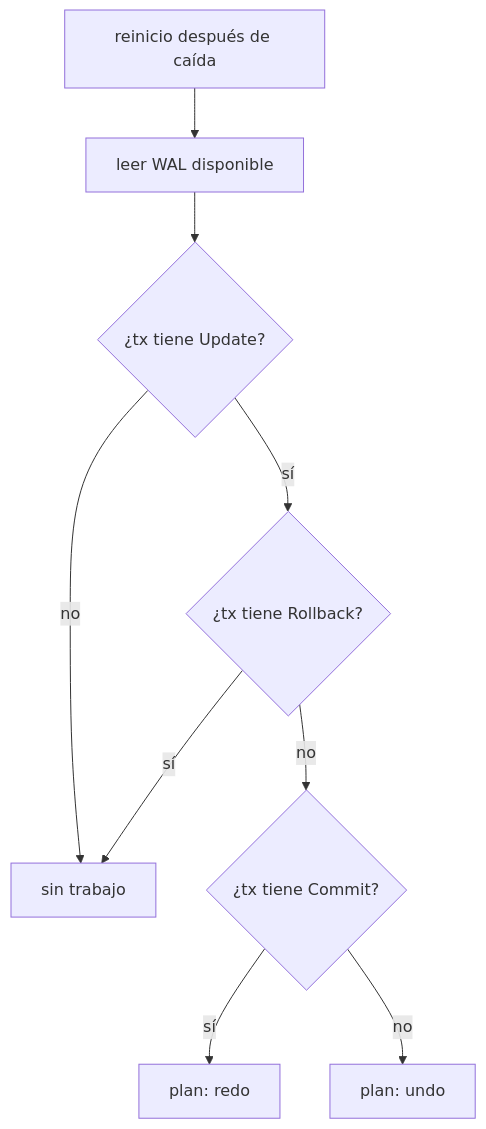
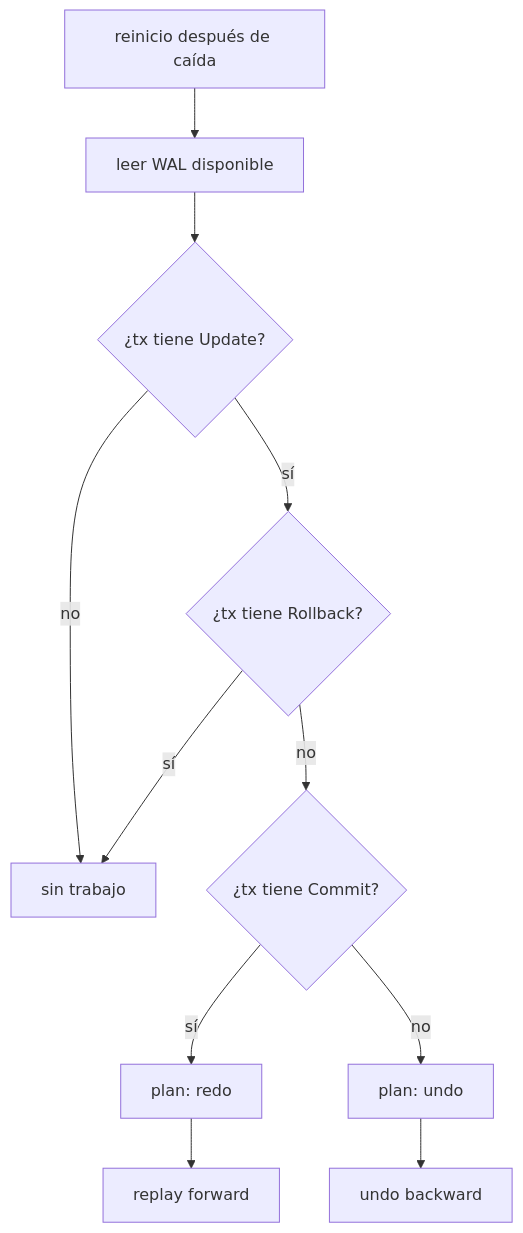
Before and after one commit to jeresoftx/rust-database-internals: the diagram in docs/08-recovery.md, drawn with Mermaid. The commit also changed other lines of this file and 6 other files, not shown here.

````diff
--- a/docs/08-recovery.md
+++ b/docs/08-recovery.md
@@ -75,20 +84,24 @@
 ```mermaid
 flowchart TD
     S["reinicio después de caída"]
     W["leer WAL disponible"]
     U{"¿tx tiene Update?"}
     C{"¿tx tiene Commit?"}
     R{"¿tx tiene Rollback?"}
     N["sin trabajo"]
     REDO["plan: redo"]
     UNDO["plan: undo"]
+    RF["replay forward"]
+    UB["undo backward"]
 
     S --> W
     W --> U
     U -- "no" --> N
     U -- "sí" --> R
     R -- "sí" --> N
     R -- "no" --> C
     C -- "sí" --> REDO
     C -- "no" --> UNDO
+    REDO --> RF
+    UNDO --> UB
 ```
````
